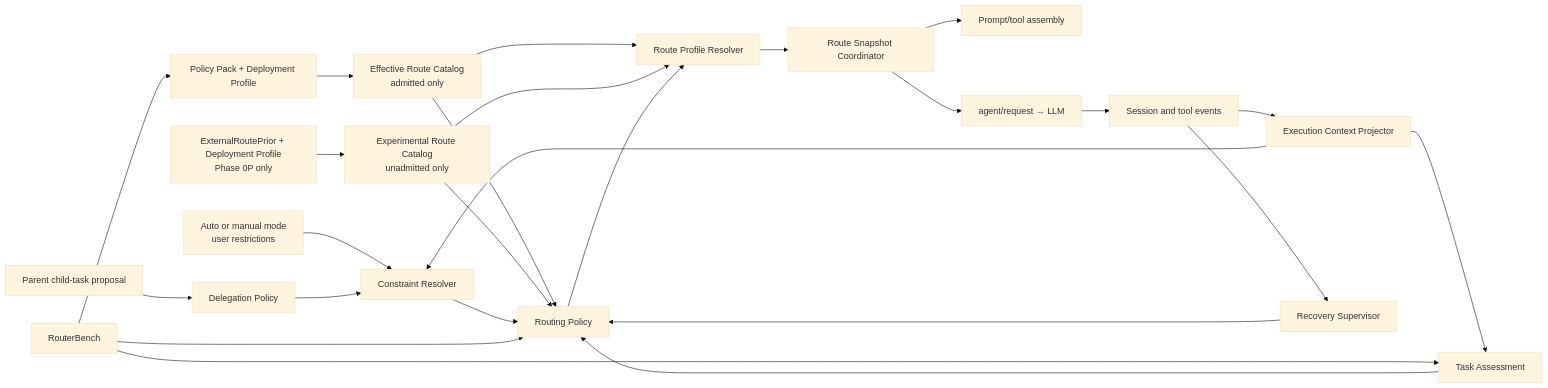
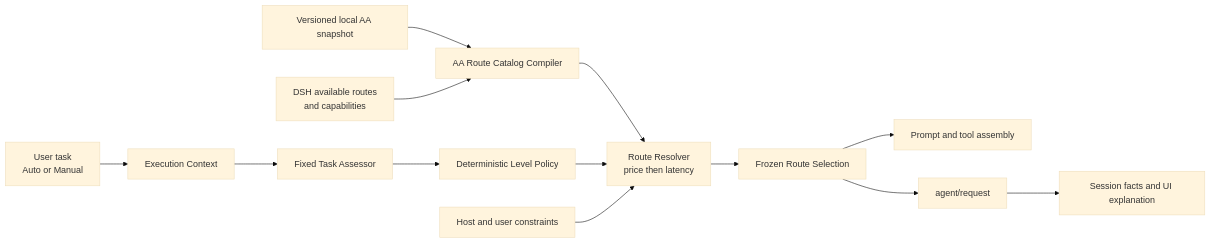
One commit to cloudman6/dsh-auto-mode changed the diagram in docs/architecture.md. Above: the diagram before and after it, drawn with Mermaid (base theme). The commit also changed other lines of this file and 47 other files, not shown here.

Commit message:
docs: reframe post-mvp aa routing roadmap

````diff
--- a/docs/architecture.md
+++ b/docs/architecture.md
@@ -21,27 +22,15 @@
 ```mermaid
 flowchart LR
-    U["Auto or manual mode\nuser restrictions"] --> C["Constraint Resolver"]
-    P["Parent child-task proposal"] --> D["Delegation Policy"]
-    D --> C
-    E["Session and tool events"] --> X["Execution Context Projector"]
-    X --> A["Task Assessment"]
-    X --> C
-    W["Policy Pack + Deployment Profile"] --> G["Effective Route Catalog\nadmitted only"]
-    O["ExternalRoutePrior + Deployment Profile\nPhase 0P only"] --> H["Experimental Route Catalog\nunadmitted only"]
-    G --> R["Routing Policy"]
-    G --> V["Route Profile Resolver"]
-    H --> R
-    H --> V
-    A --> R
-    C --> R
-    S["Recovery Supervisor"] --> R
-    R --> V
-    V --> Q["Route Snapshot Coordinator"]
-    Q --> M["Prompt/tool assembly"]
-    Q --> L["agent/request → LLM"]
-    L --> E
-    E --> S
-    B["RouterBench"] --> W
-    B --> A
-    B --> R
+    U["User task\nAuto or Manual"] --> X["Execution Context"]
+    X --> A["Fixed Task Assessor"]
+    A --> P["Deterministic Level Policy"]
+    S["Versioned local AA snapshot"] --> C["AA Route Catalog Compiler"]
+    D["DSH available routes\nand capabilities"] --> C
+    C --> R["Route Resolver\nprice then latency"]
+    P --> R
+    H["Host and user constraints"] --> R
+    R --> F["Frozen Route Selection"]
+    F --> M["Prompt and tool assembly"]
+    F --> Q["agent/request"]
+    Q --> E["Session facts and UI explanation"]
 ```
````
